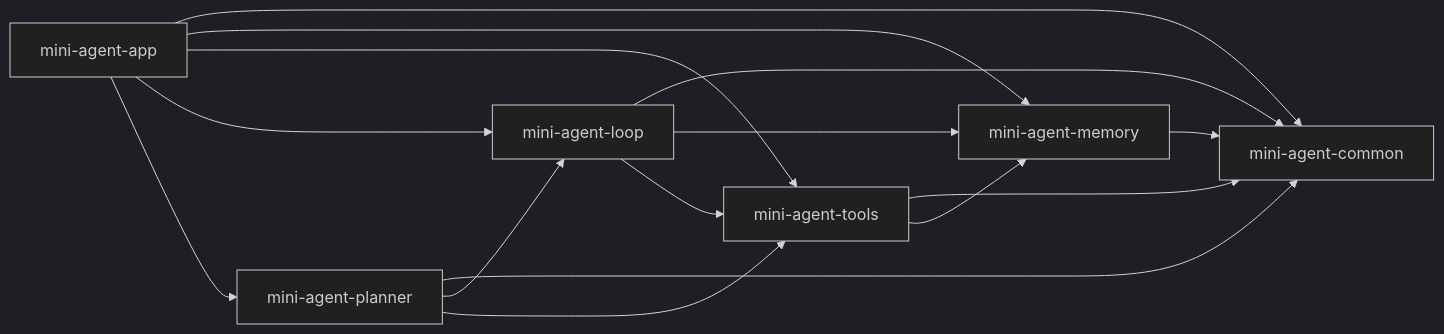
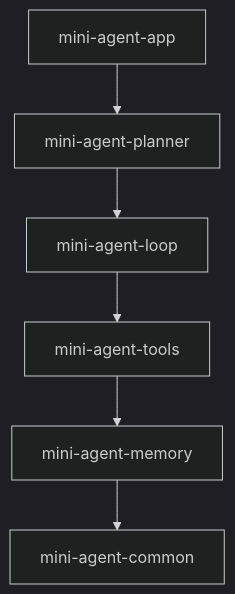
Before and after one commit to 1231111/mini-agent: the third of 8 diagrams in docs/detailed-design.md, drawn with Mermaid (dark theme). The commit also changed other lines of this file and 42 other files, not shown here.

````diff
--- a/docs/detailed-design.md
+++ b/docs/detailed-design.md
@@ -189,23 +187,8 @@
 ```mermaid
-flowchart LR
-    common["mini-agent-common"]
-    memory["mini-agent-memory"]
-    tools["mini-agent-tools"]
-    loop["mini-agent-loop"]
-    planner["mini-agent-planner"]
-    app["mini-agent-app"]
-    memory --> common
-    tools --> common
-    tools --> memory
-    loop --> common
-    loop --> memory
-    loop --> tools
-    planner --> common
-    planner --> loop
-    planner --> tools
-    app --> common
-    app --> memory
-    app --> tools
-    app --> loop
-    app --> planner
+flowchart TB
+    app["mini-agent-app"] --> planner["mini-agent-planner"]
+    planner --> loopm["mini-agent-loop"]
+    loopm --> tools["mini-agent-tools"]
+    tools --> memory["mini-agent-memory"]
+    memory --> common["mini-agent-common"]
 ```
````
